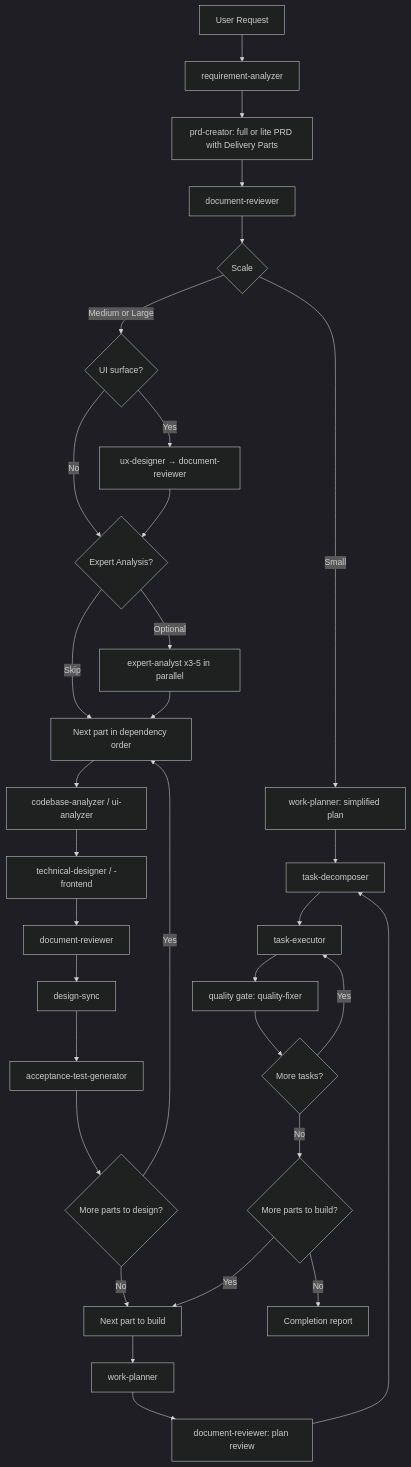
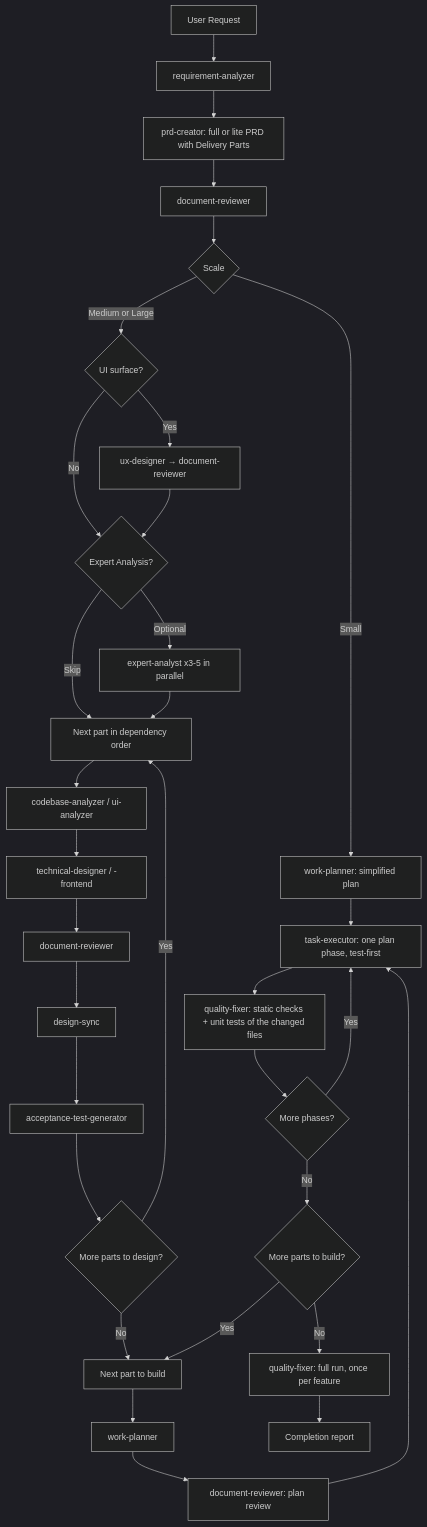
Before and after one commit to tundraray/overture: the first of 5 diagrams in docs/overture/workflows.md, drawn with Mermaid (dark theme). The commit also changed other lines of this file and 193 other files, not shown here.

````diff
--- a/docs/overture/workflows.md
+++ b/docs/overture/workflows.md
@@ -31,38 +32,38 @@
 ```mermaid
 graph TB
     A[User Request] --> B[requirement-analyzer]
     B --> C[prd-creator: full or lite PRD with Delivery Parts]
     C --> CR[document-reviewer]
     CR --> SCALE{Scale}
 
     SCALE --> |Small| SP[work-planner: simplified plan]
     SCALE --> |Medium or Large| UX{UI surface?}
     UX --> |Yes| UXD[ux-designer → document-reviewer]
     UX --> |No| EX{Expert Analysis?}
     UXD --> EX
     EX --> |Optional| EA[expert-analyst x3-5 in parallel]
     EX --> |Skip| PART[Next part in dependency order]
     EA --> PART
 
     PART --> AN[codebase-analyzer / ui-analyzer]
     AN --> D[technical-designer / -frontend]
     D --> DR[document-reviewer]
     DR --> DS[design-sync]
     DS --> F[acceptance-test-generator]
     F --> MORE{More parts to design?}
     MORE --> |Yes| PART
     MORE --> |No| BP[Next part to build]
 
     BP --> G[work-planner]
     G --> PR[document-reviewer: plan review]
-    PR --> H[task-decomposer]
-    SP --> H
+    PR --> I[task-executor: one plan phase, test-first]
+    SP --> I
 
-    H --> I[task-executor]
-    I --> J[quality gate: quality-fixer]
-    J --> K{More tasks?}
+    I --> J[quality-fixer: static checks + unit tests of the changed files]
+    J --> K{More phases?}
     K --> |Yes| I
     K --> |No| L{More parts to build?}
     L --> |Yes| BP
-    L --> |No| M[Completion report]
+    L --> |No| FR[quality-fixer: full run, once per feature]
+    FR --> M[Completion report]
 ```
````
